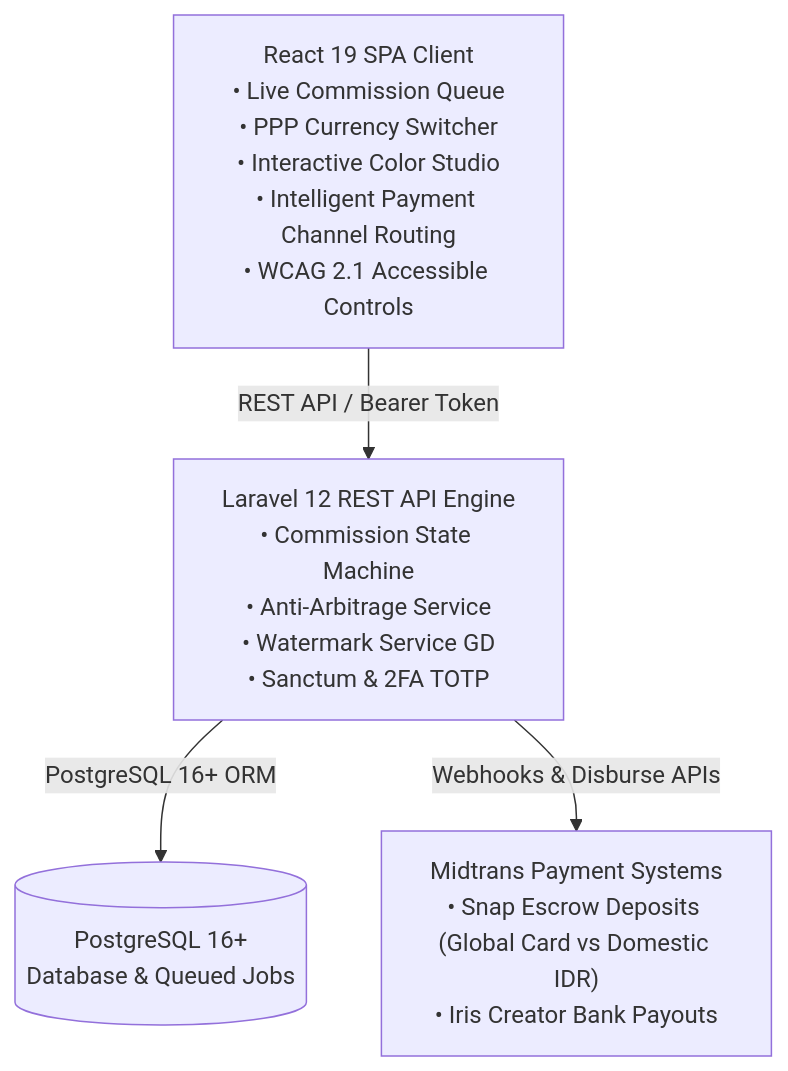
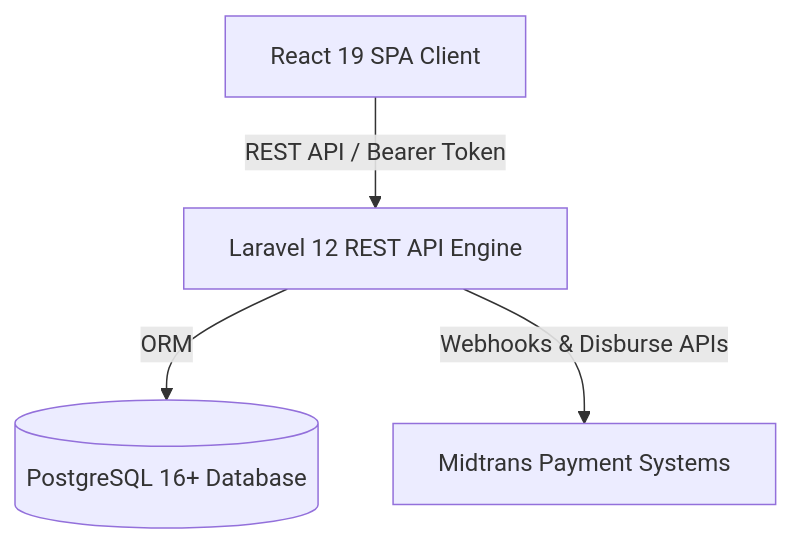
The diagram in Docs/README.md (LivingToBeATree/UKK), drawn with Mermaid before and after one commit. The commit also changed 2 other files, not shown here.

Commit message:
refactor(docs): update architecture diagrams to flowchart format and enhance clarity

````diff
--- a/Docs/README.md
+++ b/Docs/README.md
@@ -31,11 +31,11 @@
 ```mermaid
-graph TD
-    Client["React 19 SPA Client<br/>• Live Commission Queue<br/>• PPP Currency Switcher<br/>• Interactive Color Studio<br/>• Intelligent Payment Channel Routing<br/>• WCAG 2.1 Accessible Controls"]
-    API["Laravel 12 REST API Engine<br/>• Commission State Machine<br/>• Anti-Arbitrage Service<br/>• Watermark Service GD<br/>• Sanctum & 2FA TOTP"]
-    DB[("PostgreSQL 16+<br/>Database & Queued Jobs")]
-    Gateways["Midtrans Payment Systems<br/>• Snap Escrow Deposits (Global Card vs Domestic IDR)<br/>• Iris Creator Bank Payouts"]
+flowchart TD
+    Client["React 19 SPA Client"]
+    API["Laravel 12 REST API Engine"]
+    DB[("PostgreSQL 16+ Database")]
+    Gateways["Midtrans Payment Systems"]
 
     Client -->|"REST API / Bearer Token"| API
-    API -->|"PostgreSQL 16+ ORM"| DB
+    API -->|"ORM"| DB
     API -->|"Webhooks & Disburse APIs"| Gateways
 ```
````
